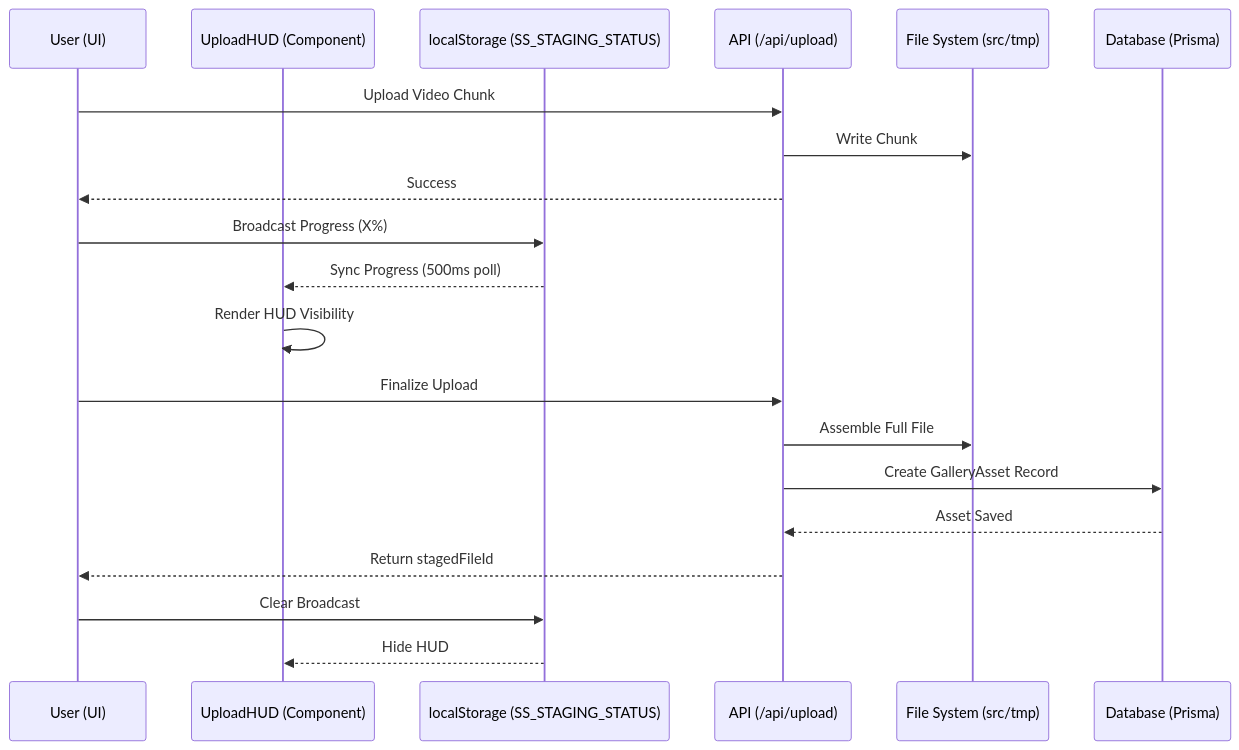
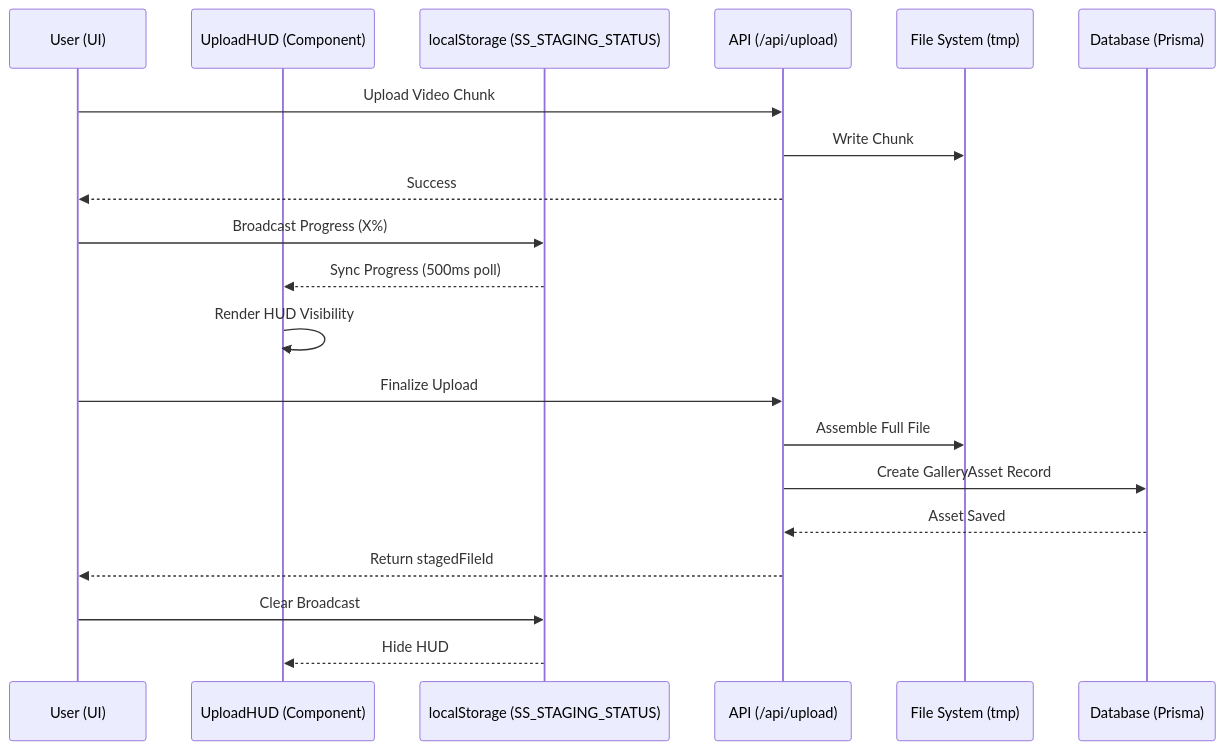
One commit to thoufeeque22/directly.social changed the second of 9 diagrams in docs/ARCHITECTURE.md. Above: the diagram before and after it, drawn with Mermaid. The commit also changed other lines of this file and 91 other files, not shown here.

````diff
--- a/docs/ARCHITECTURE.md
+++ b/docs/ARCHITECTURE.md
@@ -147,24 +147,24 @@
 ```mermaid
 sequenceDiagram
     participant U as User (UI)
     participant HUD as UploadHUD (Component)
     participant LS as localStorage (SS_STAGING_STATUS)
     participant API as API (/api/upload)
-    participant FS as File System (src/tmp)
+    participant FS as File System (tmp)
     participant DB as Database (Prisma)
 
     U->>API: Upload Video Chunk
     API->>FS: Write Chunk
     API-->>U: Success
     U->>LS: Broadcast Progress (X%)
     LS-->>HUD: Sync Progress (500ms poll)
     HUD->>HUD: Render HUD Visibility
 
     U->>API: Finalize Upload
     API->>FS: Assemble Full File
     API->>DB: Create GalleryAsset Record
     DB-->>API: Asset Saved
     API-->>U: Return stagedFileId
     U->>LS: Clear Broadcast
     LS-->>HUD: Hide HUD
 ```
````
